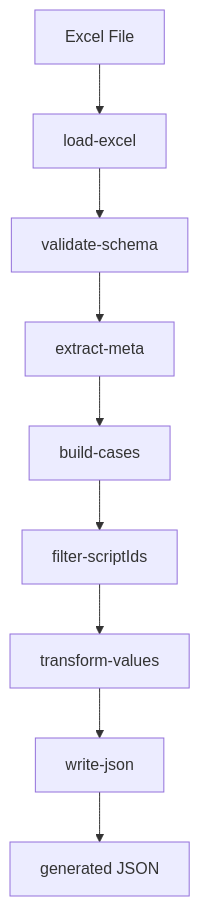
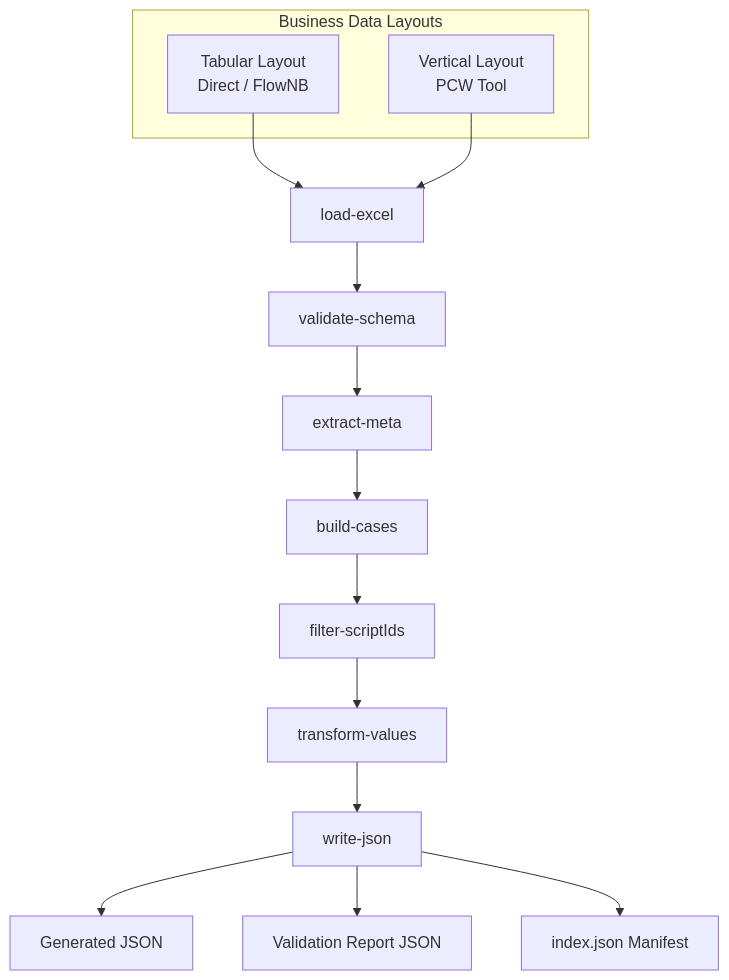
One commit to vijaytomar81/AZOnline changed the second of 3 diagrams in src/data/README.md. Above: the diagram before and after it, drawn with Mermaid. The commit also changed other lines of this file and 1 other file, not shown here.

```diff
--- a/src/data/README.md
+++ b/src/data/README.md
@@ -150,11 +300,22 @@
 ~~~mermaid
 flowchart TD
-    A[Excel File] --> B[load-excel]
+
+    subgraph Business Data Layouts
+        A1[Tabular Layout<br/>Direct / FlowNB]
+        A2[Vertical Layout<br/>PCW Tool]
+    end
+
+    A1 --> B[load-excel]
+    A2 --> B
+
     B --> C[validate-schema]
     C --> D[extract-meta]
     D --> E[build-cases]
     E --> F[filter-scriptIds]
     F --> G[transform-values]
     G --> H[write-json]
-    H --> I[generated JSON]
+
+    H --> I[Generated JSON]
+    H --> J[Validation Report JSON]
+    H --> K[index.json Manifest]
 ~~~
```
